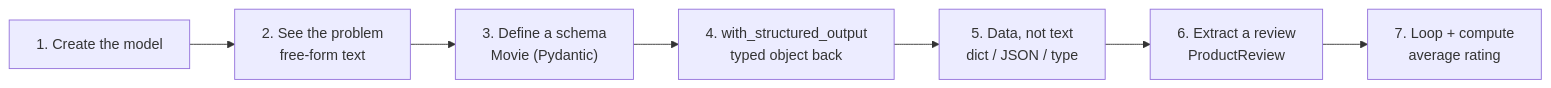
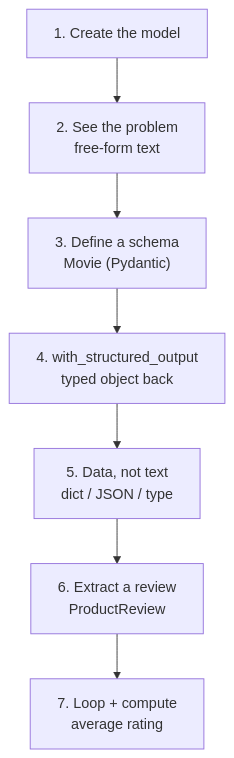
One commit to CogKnowEdge-Solutions/Orchestration changed the first of 3 diagrams in Langchain-Labs/Lab3(Beginner)/lab-structured-output.md. Above: the diagram before and after it, drawn with Mermaid. The commit also changed 8 other files, not shown here.

Commit message:
Labs: make mermaid text visible and mix diagram orientations

````diff
--- a/Langchain-Labs/Lab3(Beginner)/lab-structured-output.md
+++ b/Langchain-Labs/Lab3(Beginner)/lab-structured-output.md
@@ -55,17 +55,17 @@
 ```mermaid
-graph LR
+graph TD
     M["1. Create the model"]
     P["2. See the problem<br/>free-form text"]
     S["3. Define a schema<br/>Movie (Pydantic)"]
     SO["4. with_structured_output<br/>typed object back"]
     D["5. Data, not text<br/>dict / JSON / type"]
     E["6. Extract a review<br/>ProductReview"]
     L["7. Loop + compute<br/>average rating"]
 
     M --> P
     P --> S
     S --> SO
     SO --> D
     D --> E
     E --> L
 ```
````
